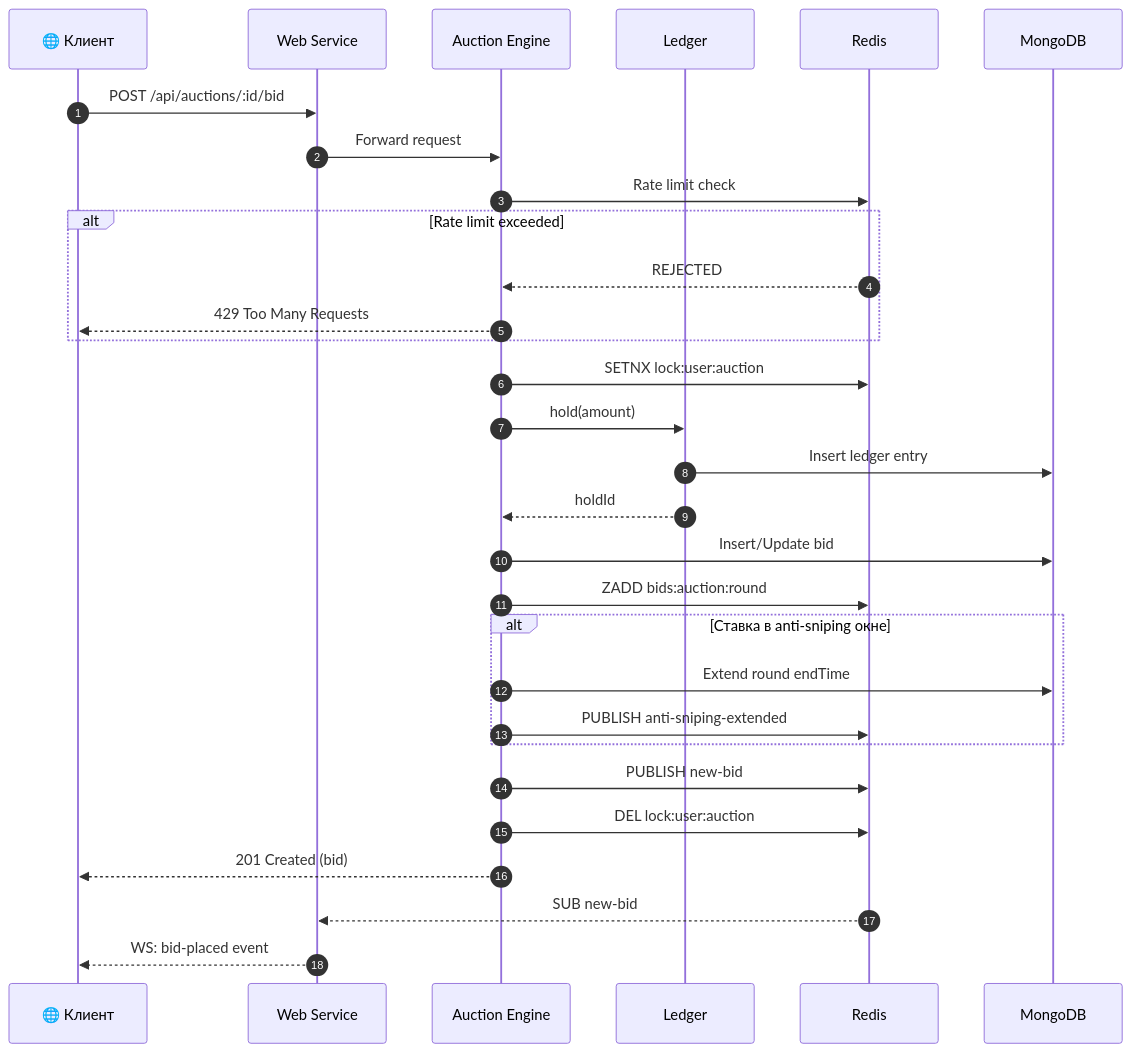
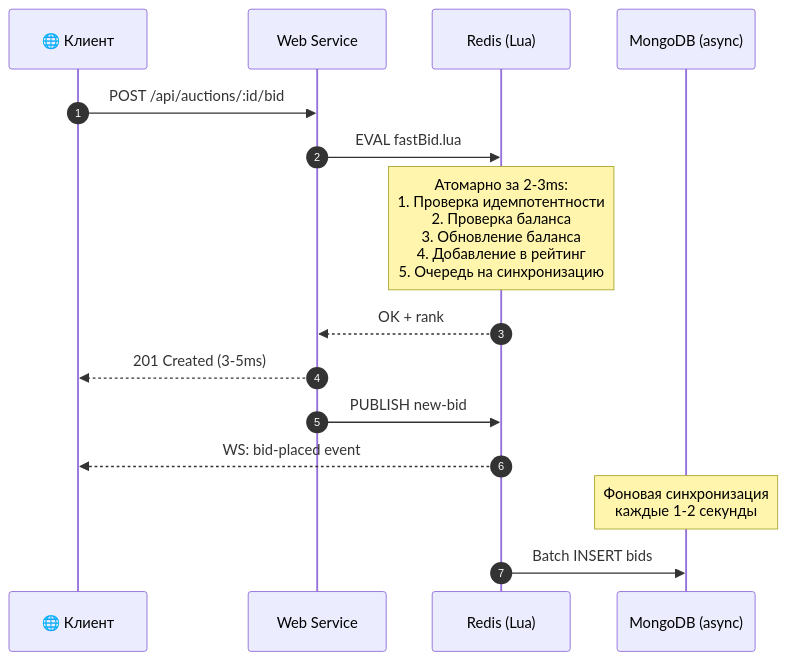
Before and after one commit to germanProgq/crypto-hackathon: the sixth of 7 diagrams in README.md, drawn with Mermaid. The commit also changed other lines of this file and 7 other files, not shown here.

````diff
--- a/README.md
+++ b/README.md
@@ -402,41 +420,22 @@
 ```mermaid
 sequenceDiagram
     autonumber
     participant Client as 🌐 Клиент
     participant Web as Web Service
-    participant Engine as Auction Engine
-    participant Ledger as Ledger
-    participant Redis as Redis
-    participant Mongo as MongoDB
+    participant Redis as Redis (Lua)
+    participant Mongo as MongoDB (async)
     
     Client->>Web: POST /api/auctions/:id/bid
-    Web->>Engine: Forward request
+    Web->>Redis: EVAL fastBid.lua
     
-    Engine->>Redis: Rate limit check
-    alt Rate limit exceeded
-        Redis-->>Engine: REJECTED
-        Engine-->>Client: 429 Too Many Requests
-    end
+    Note over Redis: Атомарно за 2-3ms:<br/>1. Проверка идемпотентности<br/>2. Проверка баланса<br/>3. Обновление баланса<br/>4. Добавление в рейтинг<br/>5. Очередь на синхронизацию
     
-    Engine->>Redis: SETNX lock:user:auction
+    Redis-->>Web: OK + rank
+    Web-->>Client: 201 Created (3-5ms)
     
-    Engine->>Ledger: hold(amount)
-    Ledger->>Mongo: Insert ledger entry
-    Ledger-->>Engine: holdId
+    Web->>Redis: PUBLISH new-bid
+    Redis-->>Client: WS: bid-placed event
     
-    Engine->>Mongo: Insert/Update bid
-    Engine->>Redis: ZADD bids:auction:round
-    
-    alt Ставка в anti-sniping окне
-        Engine->>Mongo: Extend round endTime
-        Engine->>Redis: PUBLISH anti-sniping-extended
-    end
-    
-    Engine->>Redis: PUBLISH new-bid
-    Engine->>Redis: DEL lock:user:auction
-    
-    Engine-->>Client: 201 Created (bid)
-    
-    Redis-->>Web: SUB new-bid
-    Web-->>Client: WS: bid-placed event
+    Note over Mongo: Фоновая синхронизация<br/>каждые 1-2 секунды
+    Redis->>Mongo: Batch INSERT bids
 ```
````
